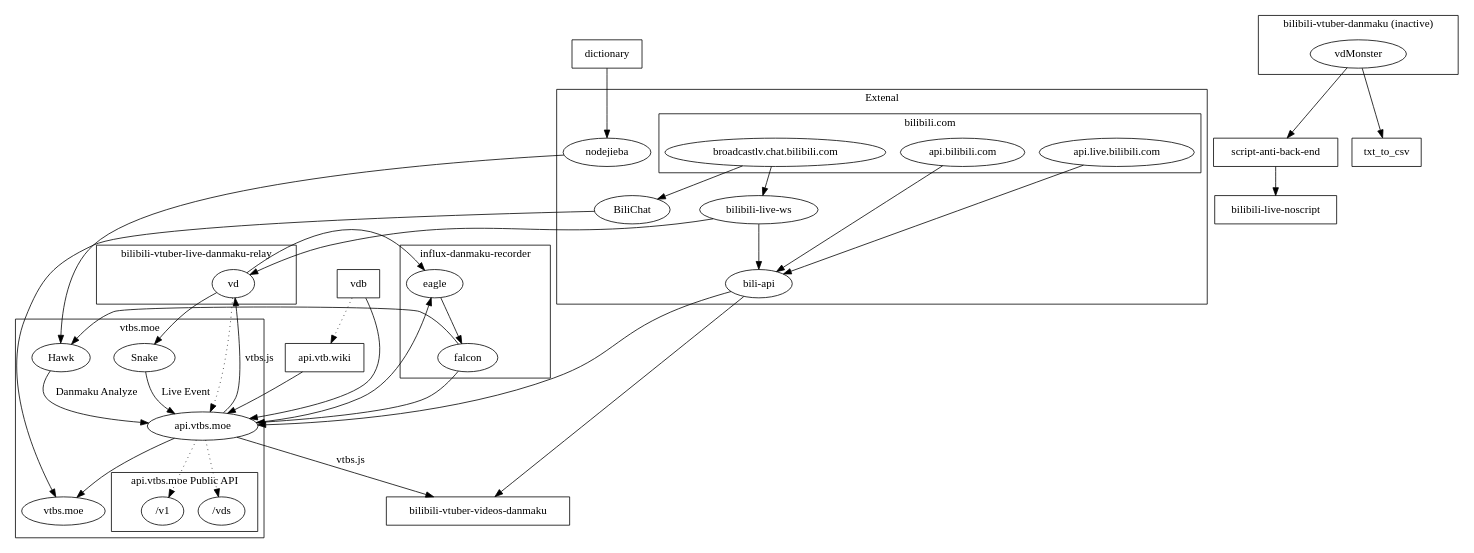
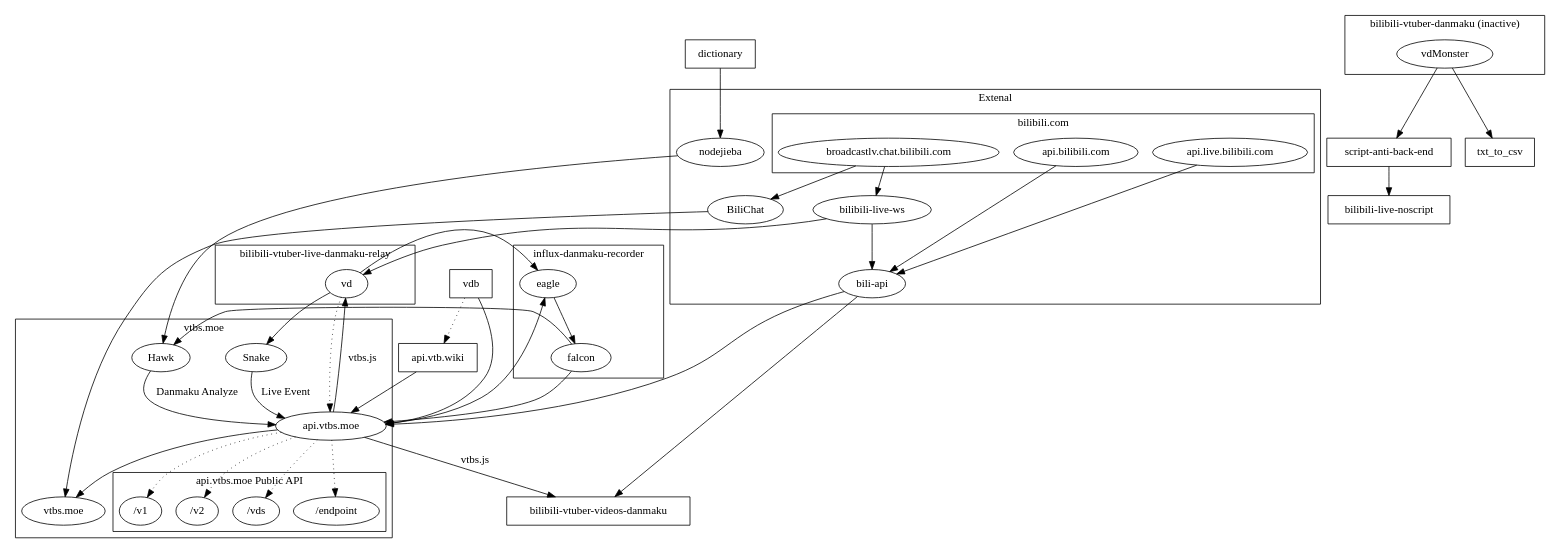
The diagram in dependency.dot (dd-center/dd-center.github.io), drawn with Graphviz before and after one commit. The commit also changed 1 other file, not shown here.

Commit message:
add /v2 and /endpoint api

```diff
--- a/dependency.dot
+++ b/dependency.dot
@@ -1,81 +1,85 @@
 digraph {
 	dictionary [shape=box];
 	txt_to_csv [shape=box];
 	vdb [shape=box];
 	"bilibili-live-noscript" [shape=box];
 	"bilibili-vtuber-videos-danmaku" [shape=box];
 	"script-anti-back-end" [shape=box];
 	"api.vtb.wiki" [shape=box];
 	vdb -> "api.vtb.wiki" [style=dotted];
 	/* "danmaku-analyze"; */
 	subgraph "cluster_bilibili_package" {
 		label = "Extenal";
 		"bili-api";
 		"bilibili-live-ws";
 		BiliChat;
 		nodejieba;
 		subgraph "cluster_bilibili-" {
 			label = "bilibili.com";
 			"api.bilibili.com";
 			"api.live.bilibili.com";
 			"broadcastlv.chat.bilibili.com";
 		}
 	}
 	subgraph "cluster_vtbs.moe" {
 		label="vtbs.moe";
 		"api.vtbs.moe";
 		Hawk;
 		Snake;
 		Snake -> "api.vtbs.moe"  [ label = "Live Event" ];
 		Hawk -> "api.vtbs.moe" [ label = "Danmaku Analyze" ];
 		"api.vtbs.moe" -> "vtbs.moe"
 		subgraph "cluster_open_api" {
 			label = "api.vtbs.moe Public API";
 			"/v1";
+			"/v2";
 			"/vds";
+			"/endpoint";
 		}
 	}
 
 	subgraph "cluster_bilibili-vtuber-danmaku" {
 		label = "bilibili-vtuber-danmaku (inactive)";
 		vdMonster;
 	}
 
 	subgraph "cluster_bilibili-vtuber-danmaku-relay" {
 		label = "bilibili-vtuber-live-danmaku-relay";
 		vd;
 	}
 
 	subgraph "cluster_influx-bilibili-vtuber-danmaku" {
 		label = "influx-danmaku-recorder";
 		eagle;
 		falcon;
 		/* eagle -> influxDB -> falcon; */
 		eagle -> falcon;
 	}
 
 	"api.bilibili.com" -> "bili-api";
 	"api.live.bilibili.com" -> "bili-api";
 	"bilibili-live-ws" -> "bili-api" -> "api.vtbs.moe";
 	"broadcastlv.chat.bilibili.com" -> "bilibili-live-ws" -> vd;
 	"api.vtbs.moe" -> vd [ label = "vtbs.js" ];
 	"api.vtbs.moe" -> "bilibili-vtuber-videos-danmaku" [ label = "vtbs.js" ];
 	"bili-api" -> "bilibili-vtuber-videos-danmaku";
 	vd -> Snake;
 	vd -> eagle;
 	vdb -> "api.vtbs.moe";
 	"api.vtbs.moe" -> eagle;
 	"api.vtb.wiki" -> "api.vtbs.moe";
 
 	dictionary -> nodejieba;
 	falcon -> Hawk;
 	falcon -> "api.vtbs.moe";
 	nodejieba -> Hawk;
 	vdMonster -> "script-anti-back-end" -> "bilibili-live-noscript";
 	vdMonster -> txt_to_csv
 	"broadcastlv.chat.bilibili.com" -> BiliChat -> "vtbs.moe";
 
 	vd -> "api.vtbs.moe" [style=dotted];
 	"api.vtbs.moe" -> "/v1" [style=dotted];
+	"api.vtbs.moe" -> "/v2" [style=dotted];
 	"api.vtbs.moe" -> "/vds" [style=dotted];
+	"api.vtbs.moe" -> "/endpoint" [style=dotted];
 }
```
